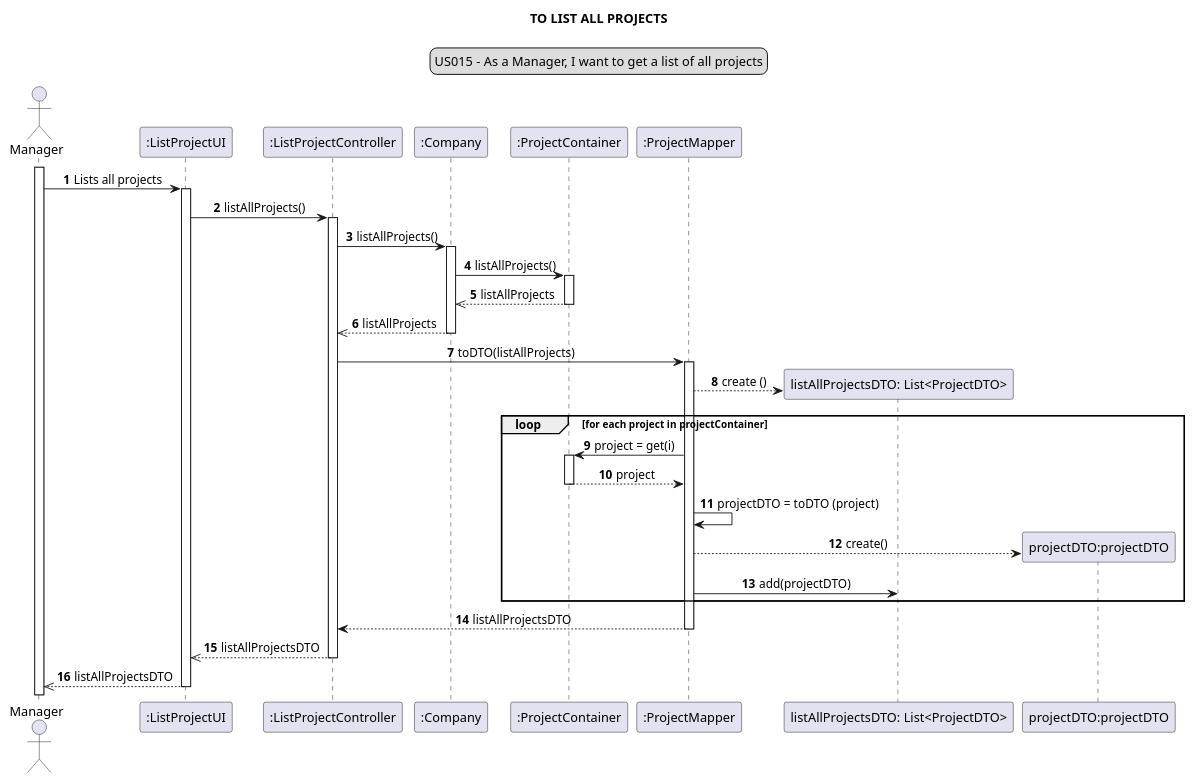
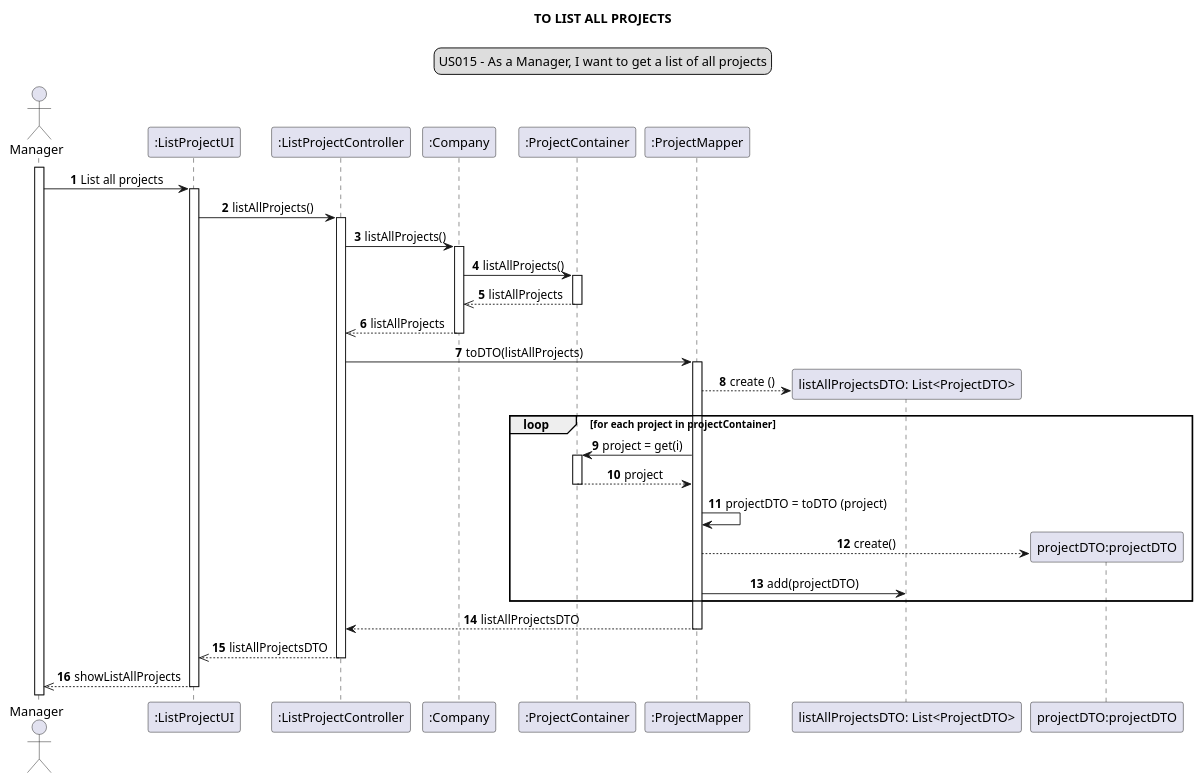
Before and after one commit to Loracline/project_switch_22-23: the diagram in docs/modelling_design/user_stories/us015/US015_sequenceDiagram.puml, drawn with PlantUML. The commit also changed 4 other files, not shown here.

Commit message:
US015:Design: Creation of images of sequence diagram and class diagram. addition US015 of systemSequenceDiagram

```diff
--- a/docs/modelling_design/user_stories/us015/US015_sequenceDiagram.puml
+++ b/docs/modelling_design/user_stories/us015/US015_sequenceDiagram.puml
@@ -1,49 +1,49 @@
 @startuml
 skinparam sequenceMessageAlign center
 title TO LIST ALL PROJECTS
 legend top
 US015 - As a Manager, I want to get a list of all projects
 end legend
 autonumber
 actor Manager
 participant ":ListProjectUI" as ui
 participant ":ListProjectController" as controller
 participant ":Company" as company
 participant ":ProjectContainer" as container
 participant ":ProjectMapper" as mapper
 participant "listAllProjectsDTO: List<ProjectDTO>" as list
 participant "projectDTO:projectDTO" as DTO
 activate Manager
-Manager -> ui: Lists all projects
+Manager -> ui: List all projects
 activate ui
 ui -> controller: listAllProjects()
 activate controller
 controller -> company: listAllProjects()
 activate company
 company -> container: listAllProjects()
 activate container
 container -->> company: listAllProjects
 deactivate container
 company -->> controller: listAllProjects
 deactivate company
 controller -> mapper: toDTO(listAllProjects)
 activate mapper
 create list
 mapper --> list: create ()
 loop for each project in projectContainer
 mapper -> container: project = get(i)
 activate container
 container --> mapper: project
 deactivate container
 mapper -> mapper : projectDTO = toDTO (project)
 create DTO
 mapper --> DTO : create()
 mapper ->list :add(projectDTO)
 end loop
 mapper --> controller :listAllProjectsDTO
 deactivate mapper
 controller -->> ui: listAllProjectsDTO
 deactivate controller
-ui -->>Manager: listAllProjectsDTO
+ui -->>Manager: showListAllProjects
 deactivate ui
 @enduml
```
